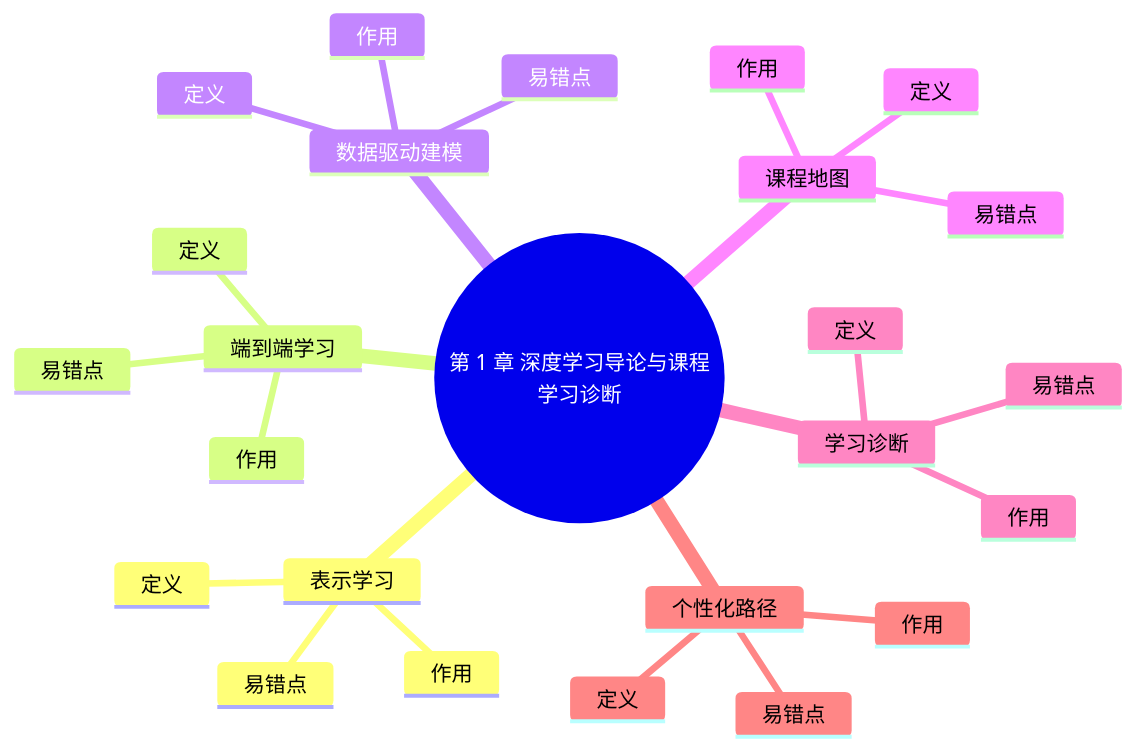
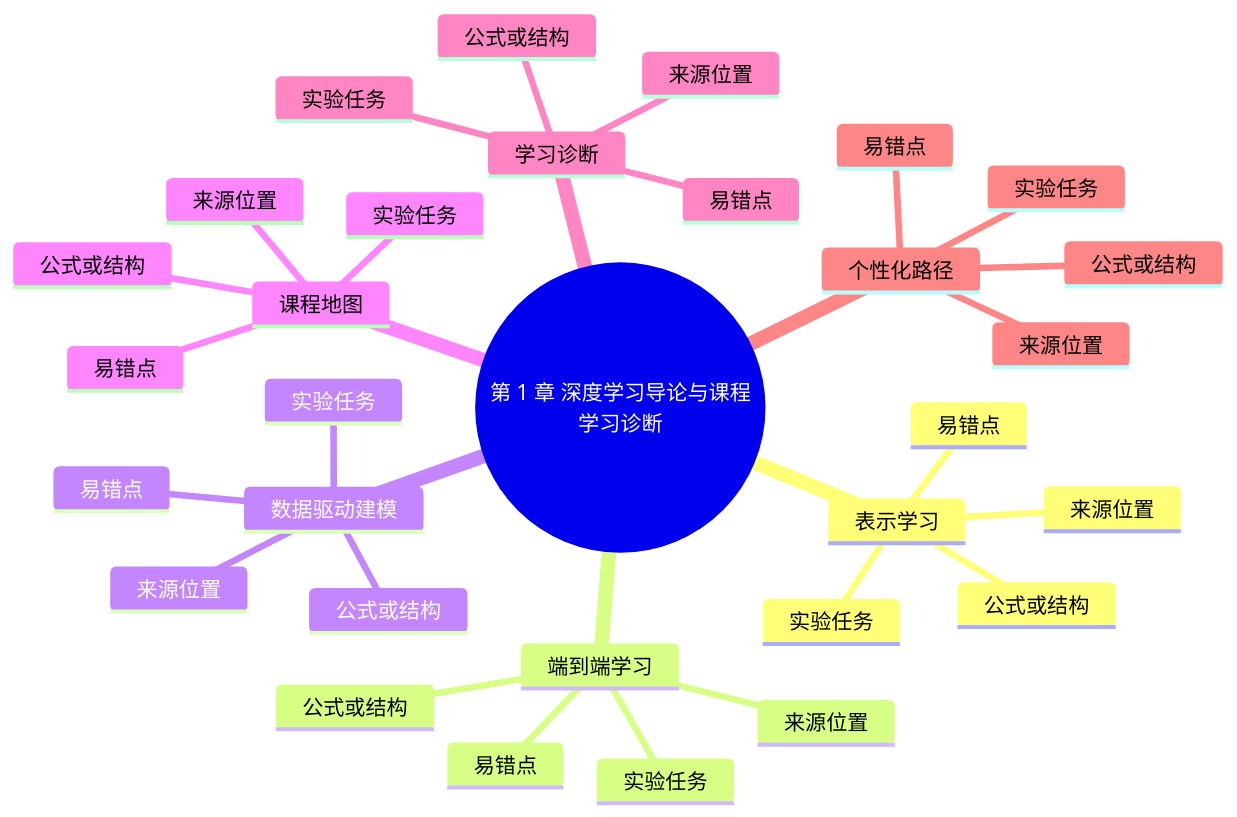
Before and after one commit to jiannanxie834-byte/LingXi-Backend: the diagram in data/knowledge_base/deep_learning_v2/courseware/chapter_01_intro/mind_map.mmd, drawn with Mermaid. The commit also changed 47 other files, not shown here.

````diff
--- a/data/knowledge_base/deep_learning_v2/courseware/chapter_01_intro/mind_map.mmd
+++ b/data/knowledge_base/deep_learning_v2/courseware/chapter_01_intro/mind_map.mmd
@@ -1,26 +1,34 @@
+```mermaid
 mindmap
   root((第 1 章 深度学习导论与课程学习诊断))
     表示学习
-      定义
-      作用
+      来源位置
+      公式或结构
+      实验任务
       易错点
     端到端学习
-      定义
-      作用
+      来源位置
+      公式或结构
+      实验任务
       易错点
     数据驱动建模
-      定义
-      作用
+      来源位置
+      公式或结构
+      实验任务
       易错点
     课程地图
-      定义
-      作用
+      来源位置
+      公式或结构
+      实验任务
       易错点
     学习诊断
-      定义
-      作用
+      来源位置
+      公式或结构
+      实验任务
       易错点
     个性化路径
-      定义
-      作用
+      来源位置
+      公式或结构
+      实验任务
       易错点
+```
````
